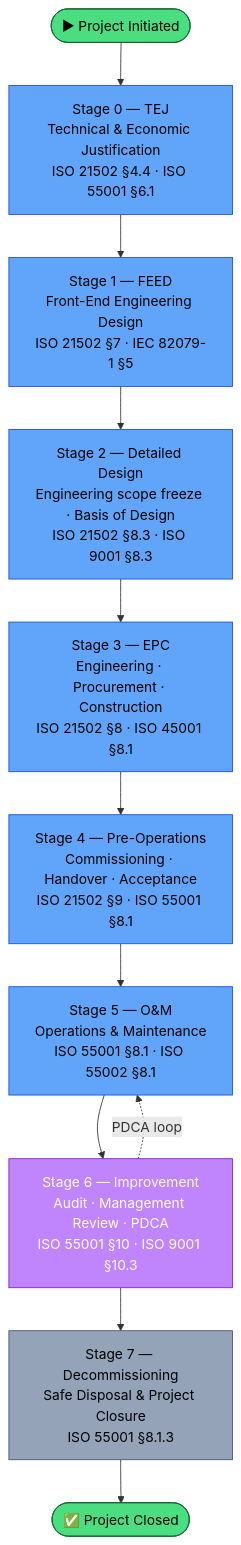
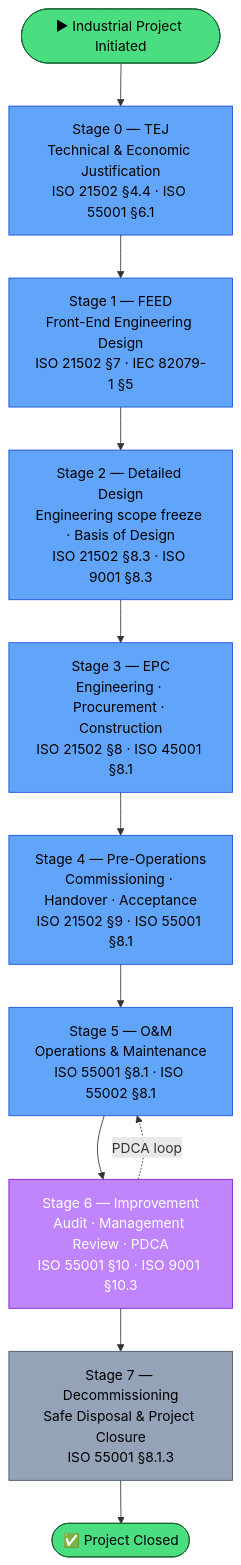
Before and after one commit to AxiOMSphereAssistanceAIMS/AxiOMSphere: the first of 9 diagrams in README.md, drawn with Mermaid. The commit also changed other lines of this file, not shown here.

````diff
--- a/README.md
+++ b/README.md
@@ -28,35 +36,35 @@
 ```mermaid
 flowchart TD
-    START([▶ Project Initiated])
+    START([▶ Industrial Project Initiated])
 
     START --> TEJ["Stage 0 — TEJ\nTechnical & Economic Justification\nISO 21502 §4.4 · ISO 55001 §6.1"]
 
     TEJ --> FEED["Stage 1 — FEED\nFront-End Engineering Design\nISO 21502 §7 · IEC 82079-1 §5"]
 
     FEED --> DD["Stage 2 — Detailed Design\nEngineering scope freeze · Basis of Design\nISO 21502 §8.3 · ISO 9001 §8.3"]
 
     DD --> EPC["Stage 3 — EPC\nEngineering · Procurement · Construction\nISO 21502 §8 · ISO 45001 §8.1"]
 
     EPC --> PO["Stage 4 — Pre-Operations\nCommissioning · Handover · Acceptance\nISO 21502 §9 · ISO 55001 §8.1"]
 
     PO --> OM["Stage 5 — O&M\nOperations & Maintenance\nISO 55001 §8.1 · ISO 55002 §8.1"]
 
     OM --> IMP["Stage 6 — Improvement\nAudit · Management Review · PDCA\nISO 55001 §10 · ISO 9001 §10.3"]
 
     IMP --> DEC["Stage 7 — Decommissioning\nSafe Disposal & Project Closure\nISO 55001 §8.1.3"]
 
     DEC --> DONE([✅ Project Closed])
 
     IMP -.->|PDCA loop| OM
 
     style START fill:#4ade80,stroke:#166534,color:#000
     style DONE  fill:#4ade80,stroke:#166534,color:#000
     style TEJ   fill:#60a5fa,stroke:#1d4ed8,color:#000
     style FEED  fill:#60a5fa,stroke:#1d4ed8,color:#000
     style DD    fill:#60a5fa,stroke:#1d4ed8,color:#000
     style EPC   fill:#60a5fa,stroke:#1d4ed8,color:#000
     style PO    fill:#60a5fa,stroke:#1d4ed8,color:#000
     style OM    fill:#60a5fa,stroke:#1d4ed8,color:#000
     style IMP   fill:#c084fc,stroke:#7e22ce,color:#fff
     style DEC   fill:#94a3b8,stroke:#475569,color:#000
 ```
````
